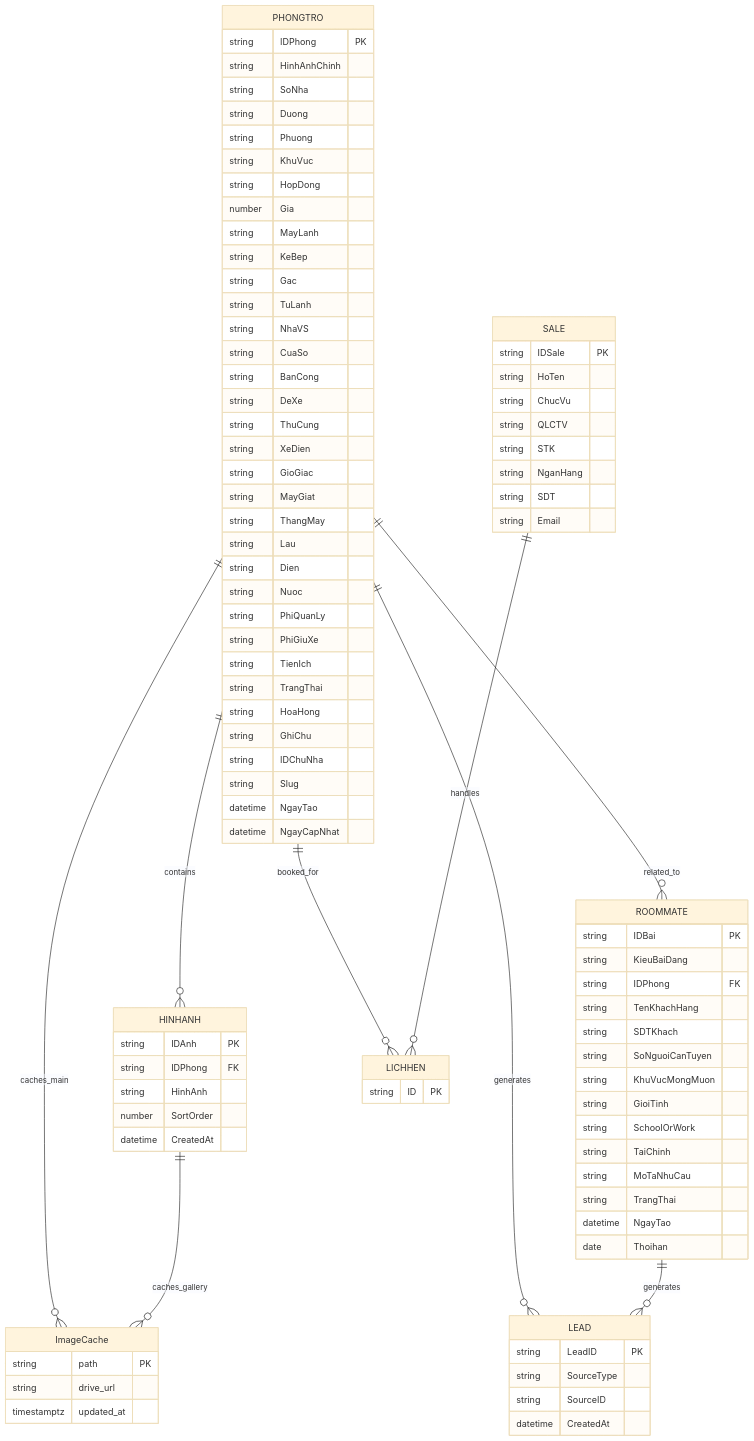
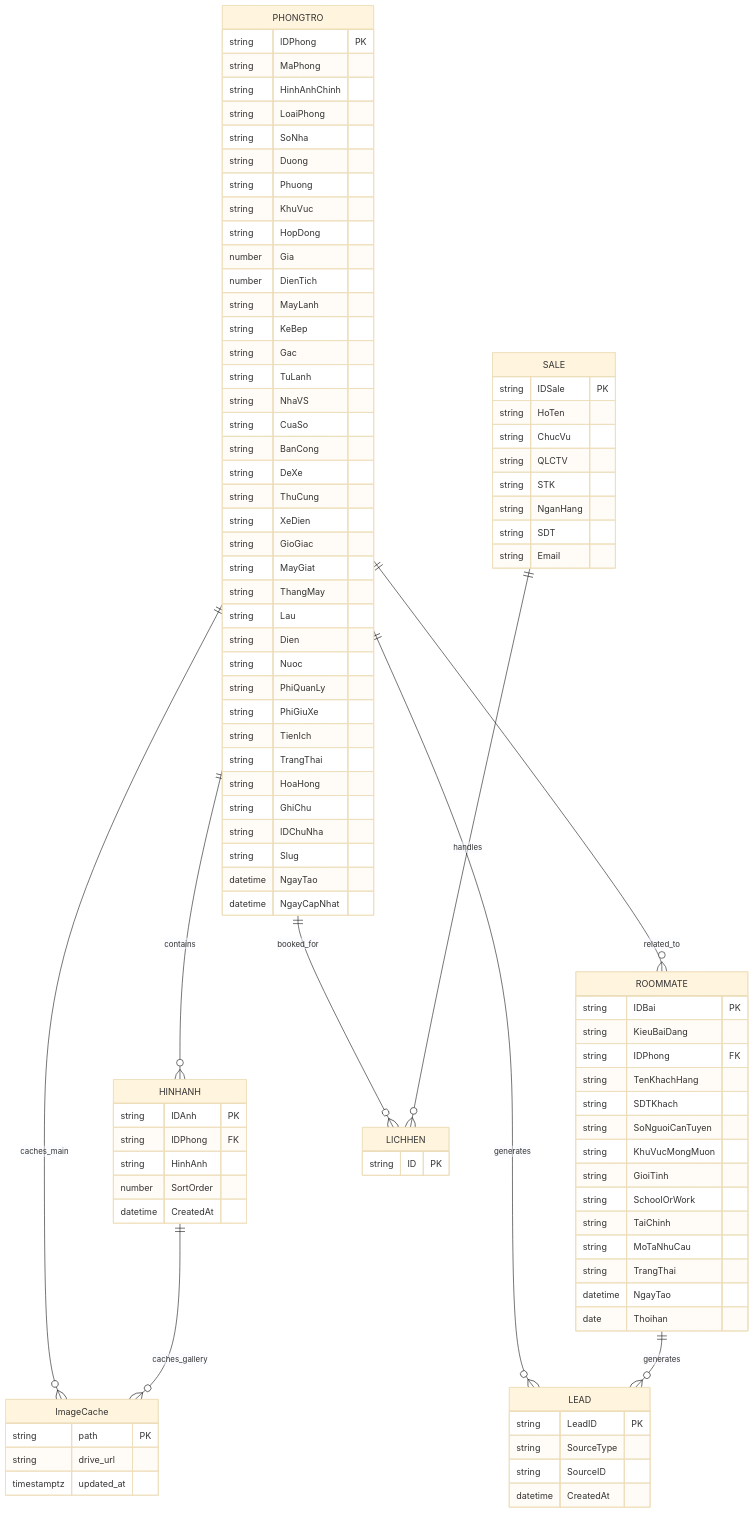
The diagram in docs/diagrams/erd-v1.md (ryantr-statinops/HomeMatch), drawn with Mermaid (base theme) before and after one commit. The commit also changed other lines of this file, not shown here.

Commit message:
docs: update ERD diagram to V5 with MaPhong, LoaiPhong, DienTich columns

```diff
--- a/docs/diagrams/erd-v1.md
+++ b/docs/diagrams/erd-v1.md
@@ -15,13 +15,16 @@
 
     PHONGTRO {
         string IDPhong PK
+        string MaPhong
         string HinhAnhChinh
+        string LoaiPhong
         string SoNha
         string Duong
         string Phuong
         string KhuVuc
         string HopDong
         number Gia
+        number DienTich
         string MayLanh
         string KeBep
         string Gac
```
